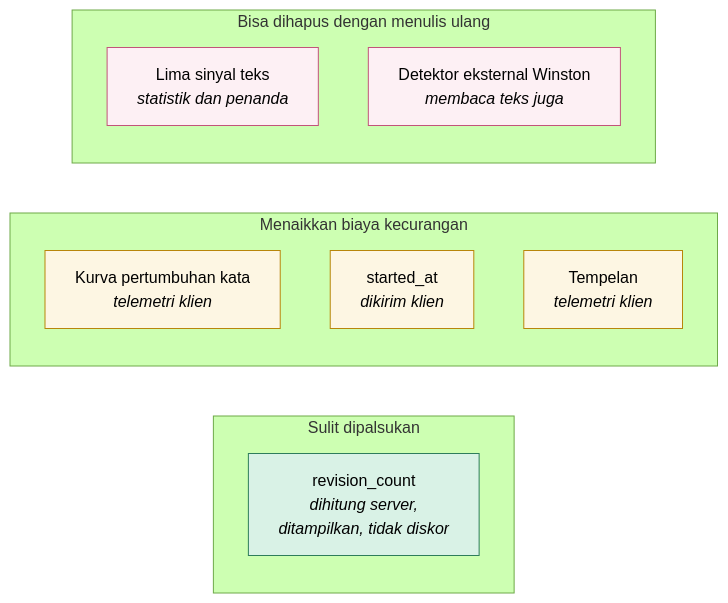
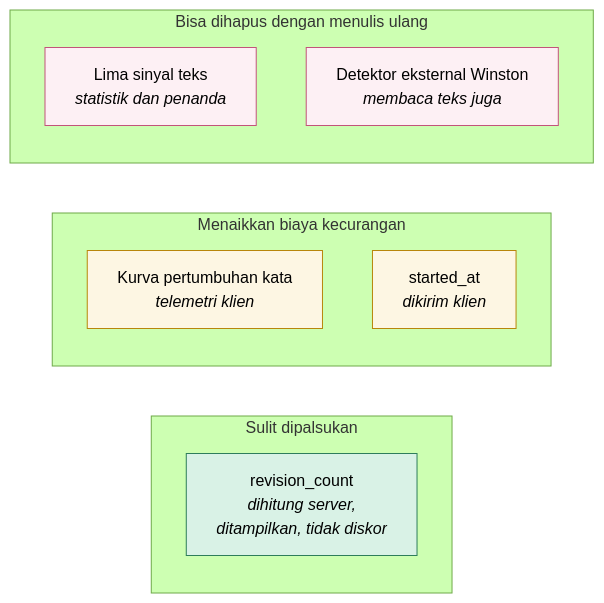
Before and after one commit to FadhRach/ThinkPath: the fourth of 5 diagrams in diagram/04-interaksi-gabungan.md, drawn with Mermaid (forest theme). The commit also changed other lines of this file and 16 other files, not shown here.

````diff
--- a/diagram/04-interaksi-gabungan.md
+++ b/diagram/04-interaksi-gabungan.md
@@ -131,22 +131,21 @@
 ```mermaid
 flowchart LR
     subgraph K["Sulit dipalsukan"]
         A["revision_count<br/><i>dihitung server,<br/>ditampilkan, tidak diskor</i>"]
     end
     subgraph S["Menaikkan biaya kecurangan"]
         B["Kurva pertumbuhan kata<br/><i>telemetri klien</i>"]
         C["started_at<br/><i>dikirim klien</i>"]
-        F["Tempelan<br/><i>telemetri klien</i>"]
     end
     subgraph L["Bisa dihapus dengan menulis ulang"]
         D["Lima sinyal teks<br/><i>statistik dan penanda</i>"]
         E["Detektor eksternal Winston<br/><i>membaca teks juga</i>"]
     end
 
     classDef kuat fill:#D9F2E6,stroke:#2E7D5B
     classDef sedang fill:#FDF6E3,stroke:#B8860B
     classDef lemah fill:#FDF0F4,stroke:#C2547A
     class A kuat
-    class B,C,F sedang
+    class B,C sedang
     class D,E lemah
 ```
````
